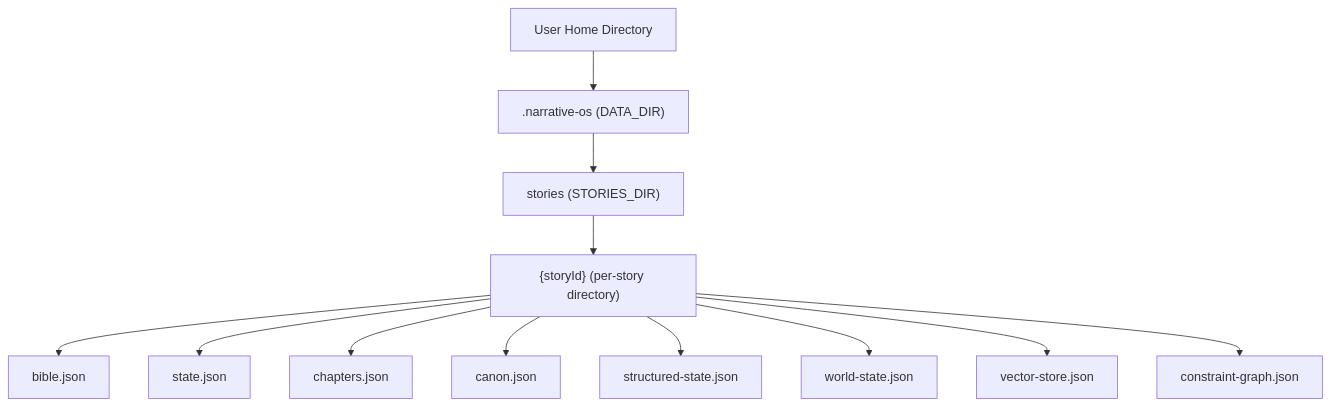
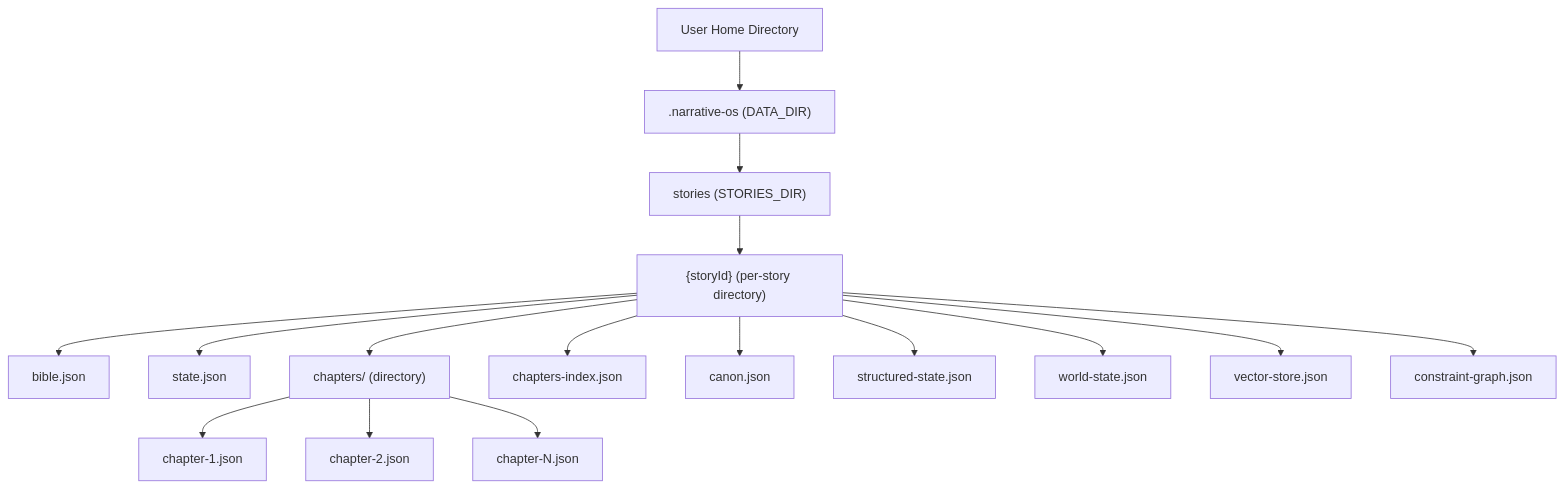
Before and after one commit to liwonder/NARRITIVE_OS: the first of 9 diagrams in .qoder/repowiki/en/content/Story Management System/Local Storage & Persistence.md, drawn with Mermaid. The commit also changed other lines of this file and 15 other files, not shown here.

````diff
--- a/.qoder/repowiki/en/content/Story Management System/Local Storage & Persistence.md
+++ b/.qoder/repowiki/en/content/Story Management System/Local Storage & Persistence.md
@@ -62,26 +64,34 @@
 ```mermaid
 graph TB
 Home["User Home Directory"]
 DataDir[".narrative-os (DATA_DIR)"]
 Stories["stories (STORIES_DIR)"]
 Story["{storyId} (per-story directory)"]
 Bible["bible.json"]
 State["state.json"]
-Chapters["chapters.json"]
+ChaptersDir["chapters/ (directory)"]
+Chapter1["chapter-1.json"]
+Chapter2["chapter-2.json"]
+ChapterN["chapter-N.json"]
+Index["chapters-index.json"]
 Canon["canon.json"]
 Structured["structured-state.json"]
 World["world-state.json"]
 Vector["vector-store.json"]
 Graph["constraint-graph.json"]
 Home --> DataDir
 DataDir --> Stories
 Stories --> Story
 Story --> Bible
 Story --> State
-Story --> Chapters
+Story --> ChaptersDir
+Story --> Index
 Story --> Canon
 Story --> Structured
 Story --> World
 Story --> Vector
 Story --> Graph
+ChaptersDir --> Chapter1
+ChaptersDir --> Chapter2
+ChaptersDir --> ChapterN
 ```
````
